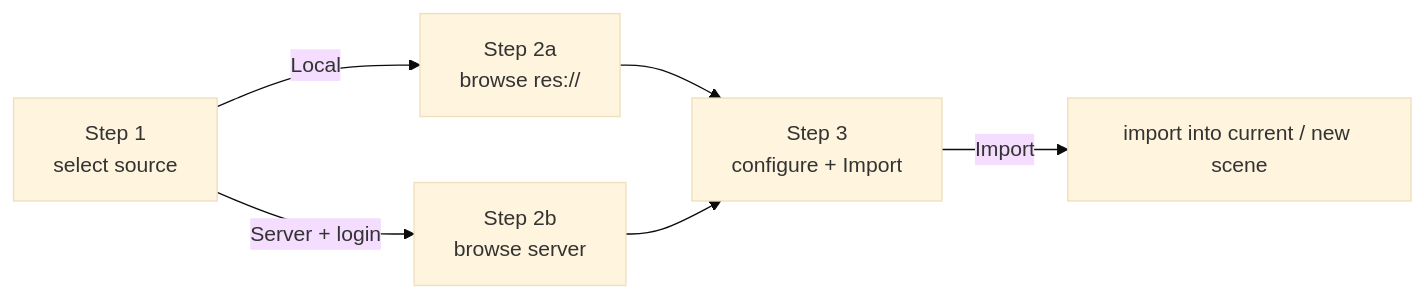
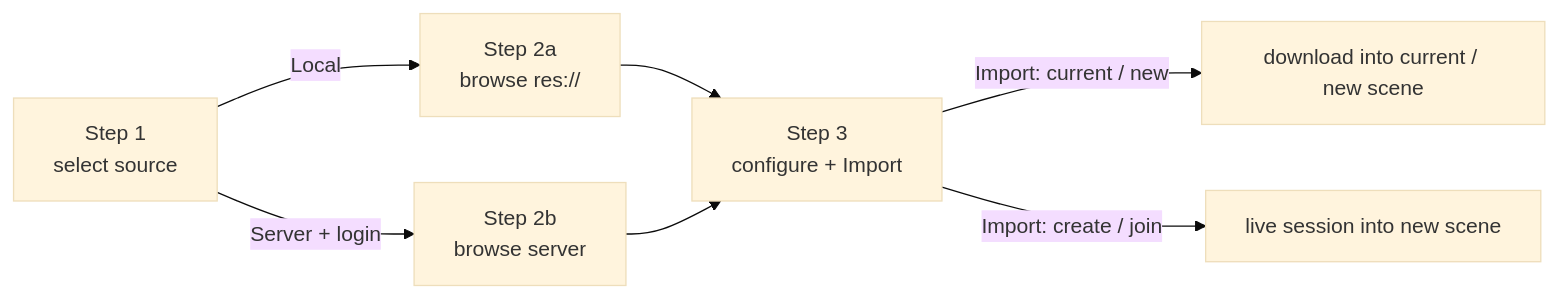
The diagram in docs/collab-client/import-manager.md (Immersive-Data-Center-Management/idtx-flow), drawn with Mermaid (base theme) before and after one commit. The commit also changed other lines of this file and 4 other files, not shown here.

````diff
--- a/docs/collab-client/import-manager.md
+++ b/docs/collab-client/import-manager.md
@@ -50,13 +59,14 @@
 ```mermaid
 graph LR
     S1["Step 1<br/>select source"]
     S2A["Step 2a<br/>browse res://"]
     S2B["Step 2b<br/>browse server"]
     S3["Step 3<br/>configure + Import"]
 
     S1 -->|Local| S2A
     S1 -->|Server + login| S2B
     S2A --> S3
     S2B --> S3
-    S3 -->|Import| DONE["import into current / new scene"]
+    S3 -->|"Import: current / new"| DL["download into current / new scene"]
+    S3 -->|"Import: create / join"| SESS["live session into new scene"]
 ```
````
